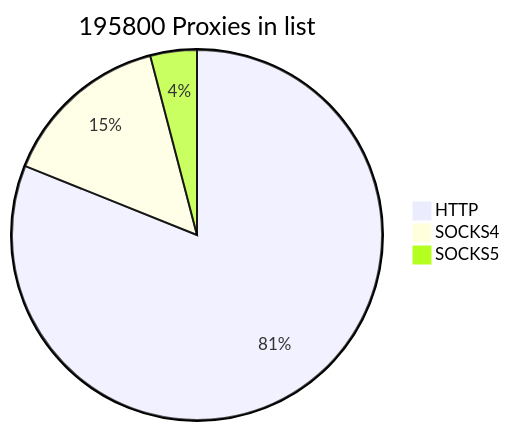
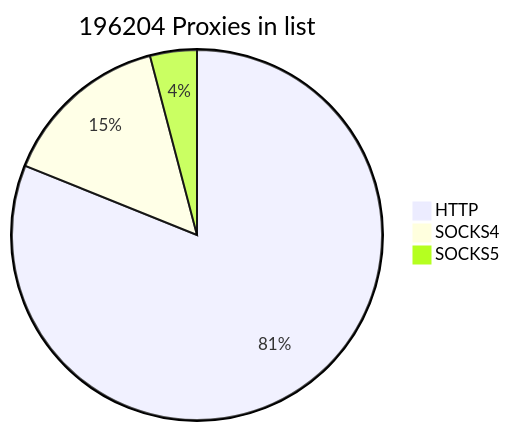
One commit to cutipu/proxylist changed the first of 2 diagrams in README.md. Above: the diagram before and after it, drawn with Mermaid. The commit also changed other lines of this file, not shown here.

````diff
--- a/README.md
+++ b/README.md
@@ -2,7 +2,7 @@
 ```mermaid
-pie title 195800 Proxies in list
-    "HTTP" : 158750
-    "SOCKS4" : 29098
-    "SOCKS5" : 7952
+pie title 196204 Proxies in list
+    "HTTP" : 159115
+    "SOCKS4" : 29069
+    "SOCKS5" : 8020
             
 ```
````
